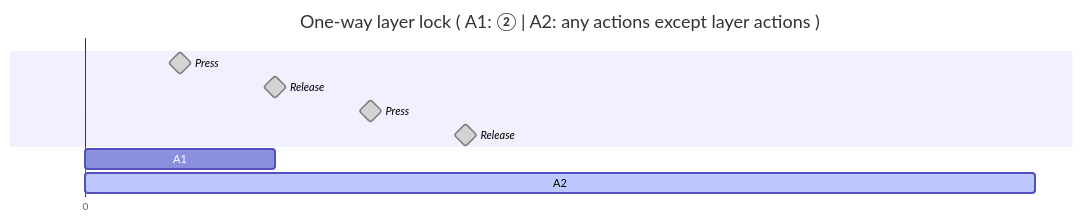
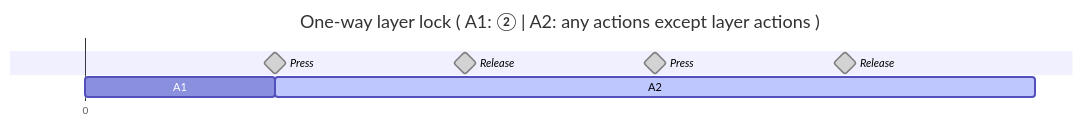
The diagram in diagrams/en/one-way-layer-lock.mmd (andy23512/blog-diagrams), drawn with Mermaid before and after one commit. The commit also changed 13 other files, not shown here.

First line of the commit message:
chore(deps): upgrade mermaid to 11.17.2 and puppeteer to 25

```diff
--- a/diagrams/en/one-way-layer-lock.mmd
+++ b/diagrams/en/one-way-layer-lock.mmd
@@ -1,16 +1,16 @@
 ---
 displayMode: compact
 ---
 gantt
-    dateFormat X
+    dateFormat x
     axisFormat %s
     title One-way layer lock ( A1: ② | A2: any actions except layer actions )
     section ㅤ
-    Press: milestone, done, 1, 1
-    Release: milestone, done, 2, 2
-    Press: milestone, done, 3, 3
-    Release: milestone, done, 4, 4
+    Press: milestone, done, 1000, 1000
+    Release: milestone, done, 2000, 2000
+    Press: milestone, done, 3000, 3000
+    Release: milestone, done, 4000, 4000
     tickInterval 1day
     section ㅤㅤ
-    A1: 0, 1
-    A2: active, 1, 5
+    A1: 0, 1000
+    A2: active, 1000, 5000
```
